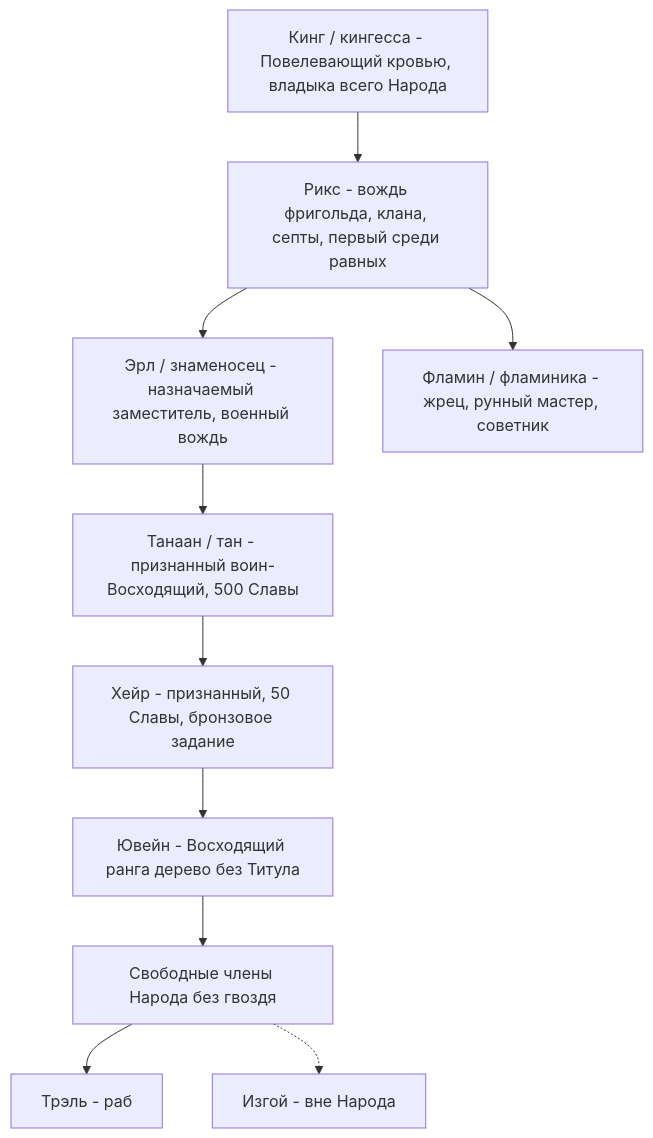
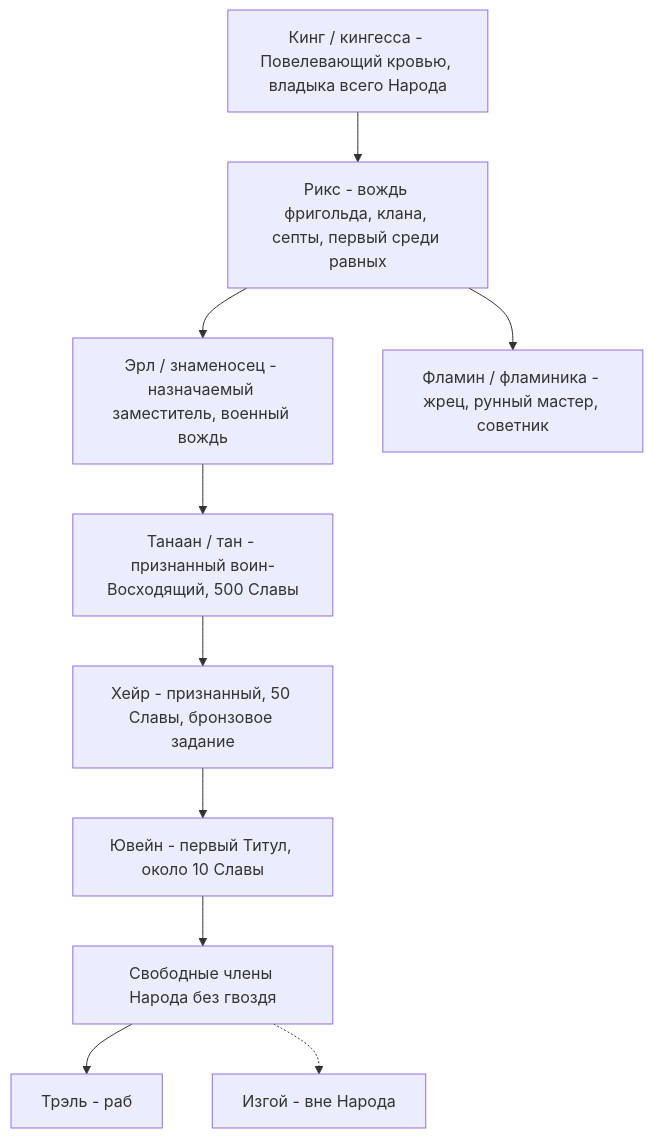
One commit to evgenykzz2/Starblood changed the fourth of 5 diagrams in docs/mir/narody-i-frakcii.md. Above: the diagram before and after it, drawn with Mermaid. The commit also changed other lines of this file and 153 other files, not shown here.

````diff
--- a/docs/mir/narody-i-frakcii.md
+++ b/docs/mir/narody-i-frakcii.md
@@ -506,22 +672,22 @@
 ```mermaid
 flowchart TD
   KING["Кинг / кингесса - Повелевающий кровью, владыка всего Народа"]
   RIX["Рикс - вождь фригольда, клана, септы, первый среди равных"]
   ERL["Эрл / знаменосец - назначаемый заместитель, военный вождь"]
   FLA["Фламин / фламиника - жрец, рунный мастер, советник"]
   TAN["Танаан / тан - признанный воин-Восходящий, 500 Славы"]
   HEIR["Хейр - признанный, 50 Славы, бронзовое задание"]
-  JUV["Ювейн - Восходящий ранга дерево без Титула"]
+  JUV["Ювейн - первый Титул, около 10 Славы"]
   FREE["Свободные члены Народа без гвоздя"]
   TREL["Трэль - раб"]
   IZG["Изгой - вне Народа"]
   KING --> RIX
   RIX --> ERL
   RIX --> FLA
   ERL --> TAN
   TAN --> HEIR
   HEIR --> JUV
   JUV --> FREE
   FREE --> TREL
   FREE -.-> IZG
 ```
````
